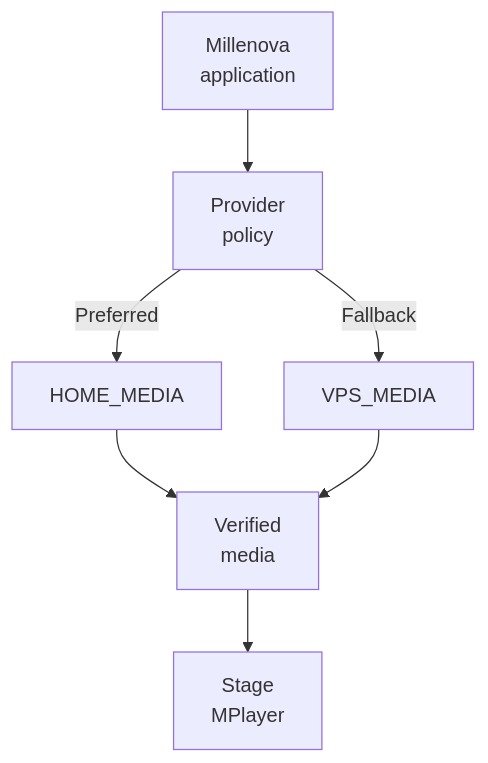
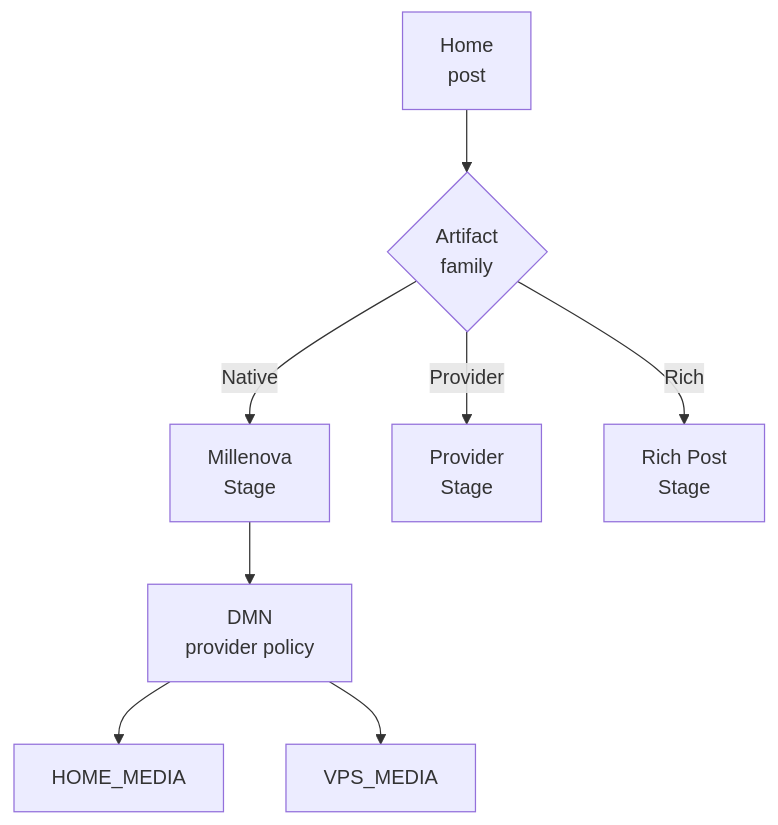
The first of 3 diagrams in docs/media/DISTRIBUTED_MEDIA_NODE.md (wilderruiz/millenova-project), drawn with Mermaid before and after one commit. The commit also changed other lines of this file, not shown here.

Commit message:
docs: update DMN status and native-only routing boundary

````diff
--- a/docs/media/DISTRIBUTED_MEDIA_NODE.md
+++ b/docs/media/DISTRIBUTED_MEDIA_NODE.md
@@ -18,9 +39,10 @@
 ```mermaid
 flowchart TD
-    APP["Millenova<br/>application"] --> POLICY["Provider<br/>policy"]
-    POLICY -->|Preferred| HOME["HOME_MEDIA"]
-    POLICY -->|Fallback| VPS["VPS_MEDIA"]
-    HOME --> VERIFY["Verified<br/>media"]
-    VPS --> VERIFY
-    VERIFY --> PLAYER["Stage<br/>MPlayer"]
+    HOME["Home<br/>post"] --> TYPE{"Artifact<br/>family"}
+    TYPE -->|Native| MN["Millenova<br/>Stage"]
+    TYPE -->|Provider| EXT["Provider<br/>Stage"]
+    TYPE -->|Rich| RICH["Rich Post<br/>Stage"]
+    MN --> DMN["DMN<br/>provider policy"]
+    DMN --> H["HOME_MEDIA"]
+    DMN --> V["VPS_MEDIA"]
 ```
````
